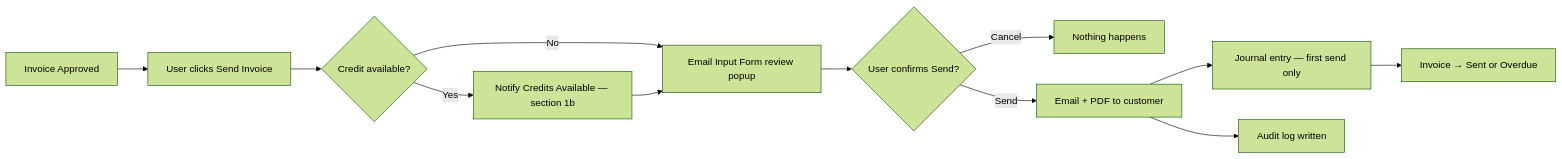
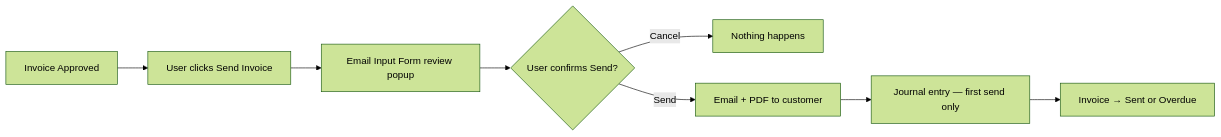
Before and after one commit to hazrulgithub11/xmt: the first of 10 diagrams in docs/feature/fix send email/send-email-flow.md, drawn with Mermaid (forest theme). The commit also changed other lines of this file and 12 other files, not shown here.

````diff
--- a/docs/feature/fix send email/send-email-flow.md
+++ b/docs/feature/fix send email/send-email-flow.md
@@ -15,14 +17,10 @@
 ```mermaid
 flowchart LR
   A[Invoice Approved] --> B[User clicks Send Invoice]
-  B --> C{Credit available?}
-  C -->|Yes| N[Notify Credits Available — section 1b]
-  C -->|No| D[Email Input Form review popup]
-  N --> D
+  B --> D[Email Input Form review popup]
   D --> E{User confirms Send?}
   E -->|Cancel| F[Nothing happens]
   E -->|Send| G[Email + PDF to customer]
   G --> H[Journal entry — first send only]
   H --> I[Invoice → Sent or Overdue]
-  G --> J[Audit log written]
 ```
````
